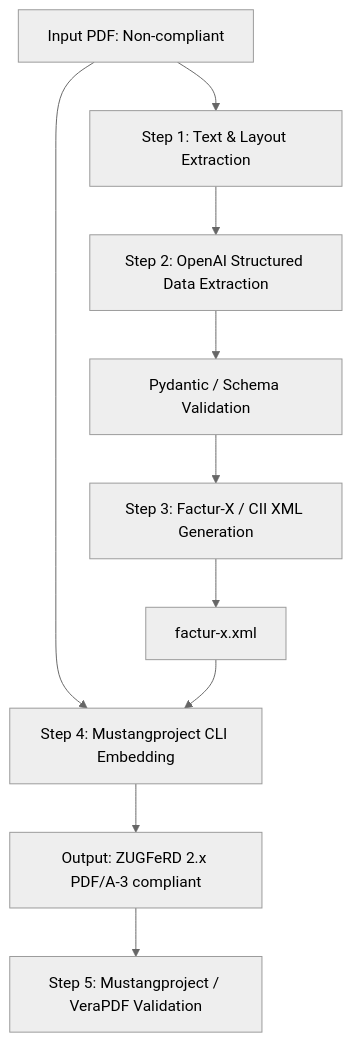
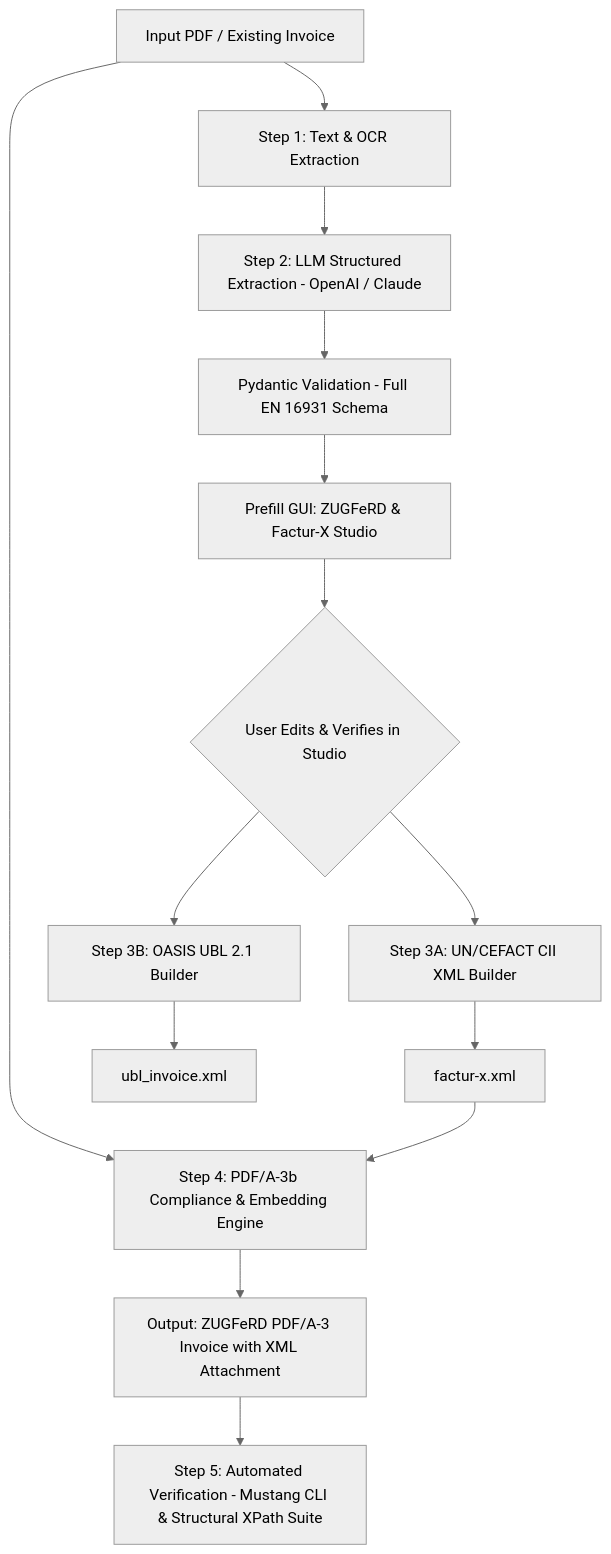
One commit to dejkom/Zugferd_test changed the diagram in IMPLEMENTATION_PLAN.md. Above: the diagram before and after it, drawn with Mermaid (neutral theme). The commit also changed other lines of this file and 20 other files, not shown here.

````diff
--- a/IMPLEMENTATION_PLAN.md
+++ b/IMPLEMENTATION_PLAN.md
@@ -9,12 +9,16 @@
 ```mermaid
 flowchart TD
-    A[Input PDF: Non-compliant] --> B[Step 1: Text & Layout Extraction]
-    B --> C[Step 2: OpenAI Structured Data Extraction]
-    C --> D[Pydantic / Schema Validation]
-    D --> E[Step 3: Factur-X / CII XML Generation]
-    E --> F[factur-x.xml]
-    A --> G[Step 4: Mustangproject CLI Embedding]
-    F --> G
-    G --> H[Output: ZUGFeRD 2.x PDF/A-3 compliant]
-    H --> I[Step 5: Mustangproject / VeraPDF Validation]
+    A[Input PDF / Existing Invoice] --> B[Step 1: Text & OCR Extraction]
+    B --> C[Step 2: LLM Structured Extraction - OpenAI / Claude]
+    C --> D[Pydantic Validation - Full EN 16931 Schema]
+    D --> E[Prefill GUI: ZUGFeRD & Factur-X Studio]
+    E --> F{User Edits & Verifies in Studio}
+    F --> G1[Step 3A: UN/CEFACT CII XML Builder]
+    F --> G2[Step 3B: OASIS UBL 2.1 Builder]
+    G1 --> H1[factur-x.xml]
+    G2 --> H2[ubl_invoice.xml]
+    A --> I[Step 4: PDF/A-3b Compliance & Embedding Engine]
+    H1 --> I
+    I --> J[Output: ZUGFeRD PDF/A-3 Invoice with XML Attachment]
+    J --> K[Step 5: Automated Verification - Mustang CLI & Structural XPath Suite]
 ```
````
